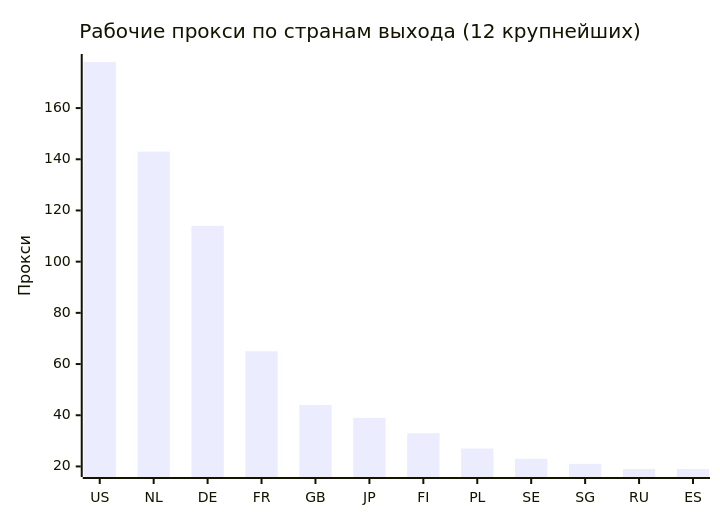
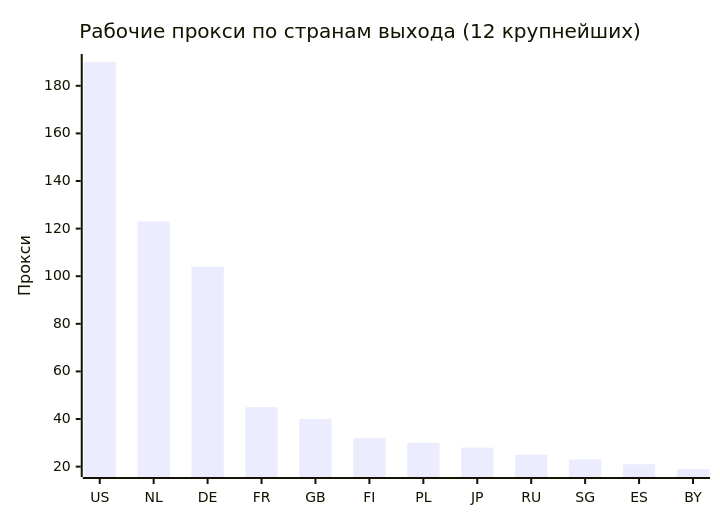
Before and after one commit to rvvg/proxy-subs: the second of 4 diagrams in README.md, drawn with Mermaid. The commit also changed other lines of this file and 51 other files, not shown here.

````diff
--- a/README.md
+++ b/README.md
@@ -133,7 +127,7 @@
 ```mermaid
 xychart-beta
     title "Рабочие прокси по странам выхода (12 крупнейших)"
-    x-axis ["US", "NL", "DE", "FR", "GB", "JP", "FI", "PL", "SE", "SG", "RU", "ES"]
+    x-axis ["US", "NL", "DE", "FR", "GB", "FI", "PL", "JP", "RU", "SG", "ES", "BY"]
     y-axis "Прокси"
-    bar [178, 143, 114, 65, 44, 39, 33, 27, 23, 21, 19, 19]
+    bar [190, 123, 104, 45, 40, 32, 30, 28, 25, 23, 21, 19]
 ```
````
